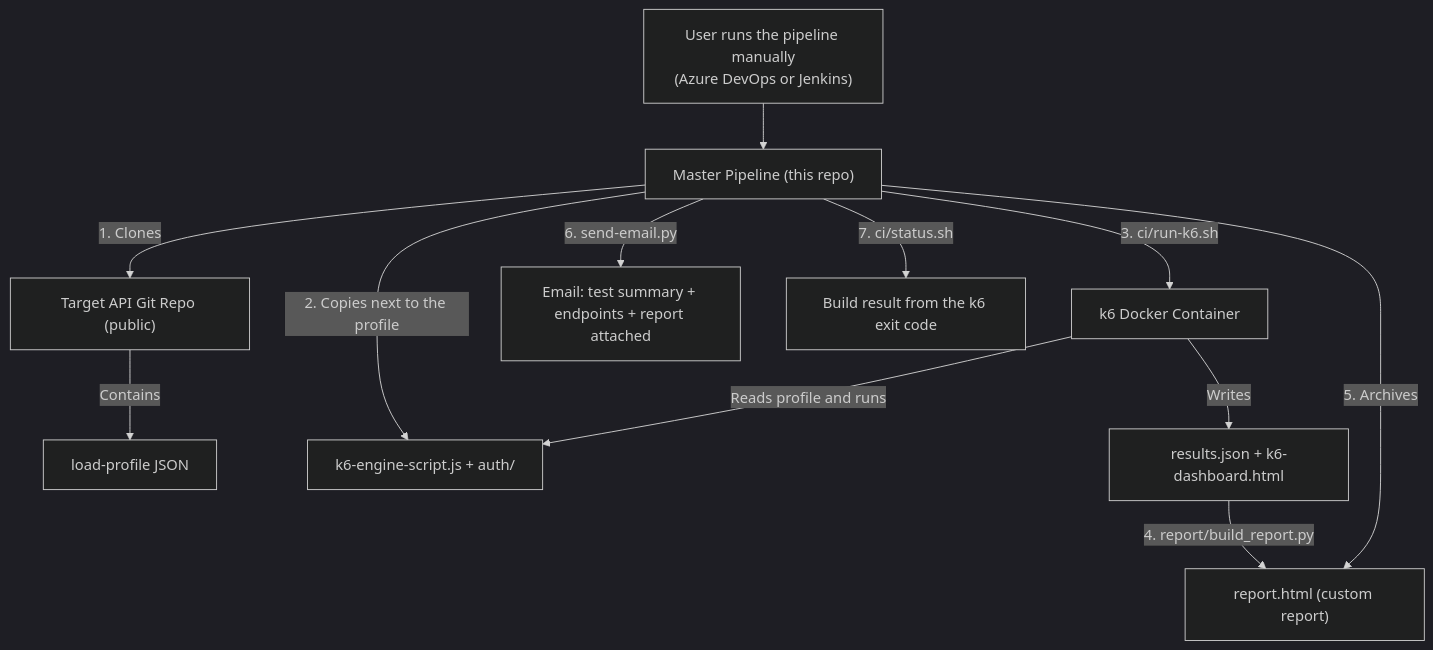
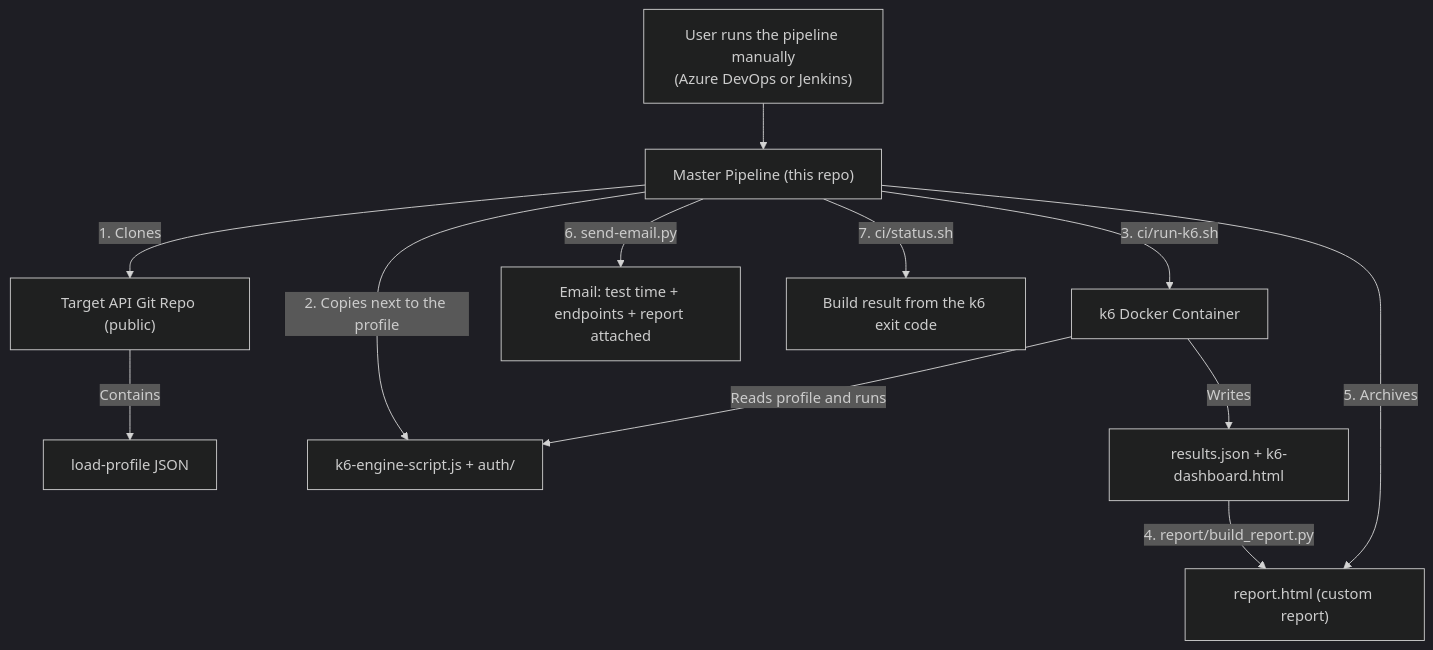
Before and after one commit to AnkitProwess/performance-testing-pipeline: the first of 2 diagrams in README.md, drawn with Mermaid (dark theme). The commit also changed other lines of this file and 2 other files, not shown here.

Commit message:
Updated email template

````diff
--- a/README.md
+++ b/README.md
@@ -17,14 +17,14 @@
 ```mermaid
 graph TD
     U["User runs the pipeline manually<br/>(Azure DevOps or Jenkins)"] --> P["Master Pipeline (this repo)"]
     P -->|"1. Clones"| B["Target API Git Repo (public)"]
     B -->|"Contains"| D["load-profile JSON"]
     P -->|"2. Copies next to the profile"| C["k6-engine-script.js + auth/"]
     P -->|"3. ci/run-k6.sh"| E["k6 Docker Container"]
     E -->|"Reads profile and runs"| C
     E -->|"Writes"| F["results.json + k6-dashboard.html"]
     F -->|"4. report/build_report.py"| G["report.html (custom report)"]
     P -->|"5. Archives"| G
-    P -->|"6. send-email.py"| H["Email: test summary + endpoints + report attached"]
+    P -->|"6. send-email.py"| H["Email: test time + endpoints + report attached"]
     P -->|"7. ci/status.sh"| I["Build result from the k6 exit code"]
 ```
````
